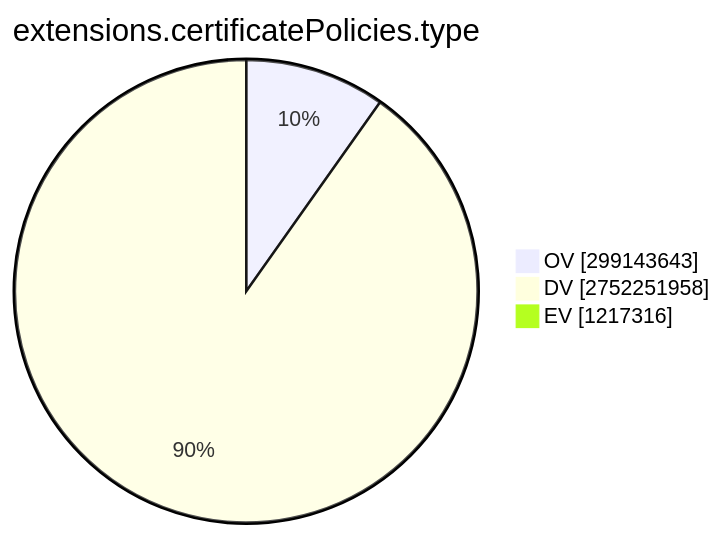
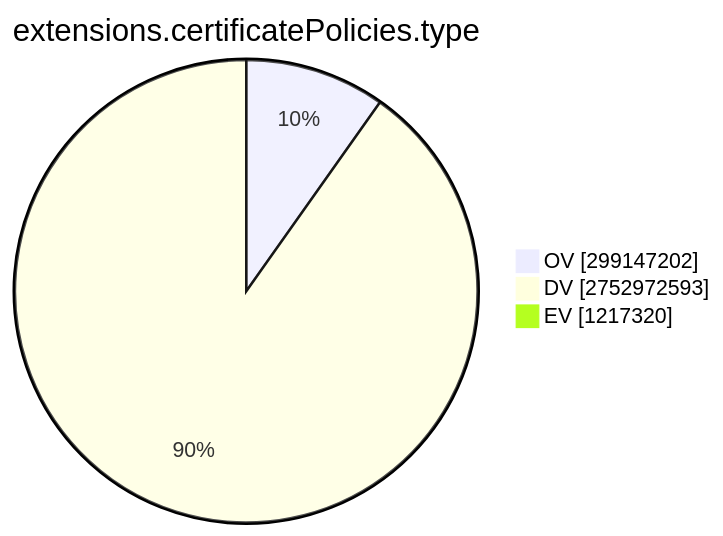
One commit to christiankrug/ctmonitor_visualization changed the ninth of 15 diagrams in TOTAL/README.md. Above: the diagram before and after it, drawn with Mermaid. The commit also changed other lines of this file, not shown here.

````diff
--- a/TOTAL/README.md
+++ b/TOTAL/README.md
@@ -3100,7 +3100,7 @@
 ```mermaid
 pie showData
 title extensions.certificatePolicies.type
-"OV" :299143643
-"DV" :2752251958
-"EV" :1217316
+"OV" :299147202
+"DV" :2752972593
+"EV" :1217320
 ```
````
